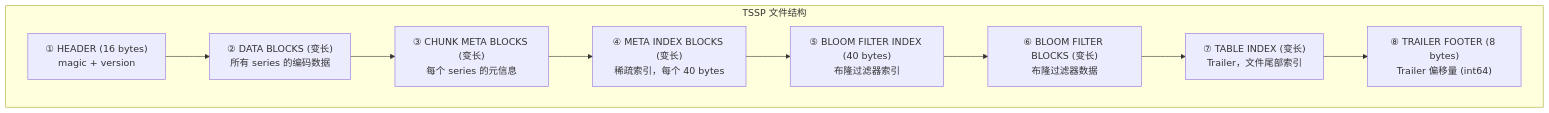
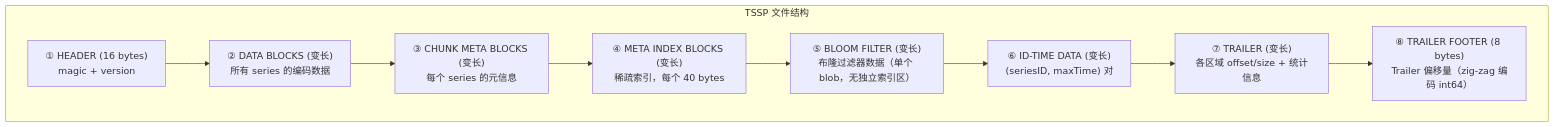
Diagram 27 of 33 in docs/specs/04_background_tasks_spec.md (stefanv5/openGemini), drawn with Mermaid before and after one commit. The commit also changed other lines of this file and 37 other files, not shown here.

````diff
--- a/docs/specs/04_background_tasks_spec.md
+++ b/docs/specs/04_background_tasks_spec.md
@@ -2500,15 +2545,15 @@
 ```mermaid
 flowchart TB
     subgraph TSSP["TSSP 文件结构"]
         H["① HEADER (16 bytes)<br/>magic + version"]
         D["② DATA BLOCKS (变长)<br/>所有 series 的编码数据"]
         CM["③ CHUNK META BLOCKS (变长)<br/>每个 series 的元信息"]
         MI["④ META INDEX BLOCKS (变长)<br/>稀疏索引，每个 40 bytes"]
-        BFT["⑤ BLOOM FILTER INDEX (40 bytes)<br/>布隆过滤器索引"]
-        BF["⑥ BLOOM FILTER BLOCKS (变长)<br/>布隆过滤器数据"]
-        TI["⑦ TABLE INDEX (变长)<br/>Trailer，文件尾部索引"]
-        TF["⑧ TRAILER FOOTER (8 bytes)<br/>Trailer 偏移量 (int64)"]
+        BF["⑤ BLOOM FILTER (变长)<br/>布隆过滤器数据（单个 blob，无独立索引区）"]
+        IT["⑥ ID-TIME DATA (变长)<br/>(seriesID, maxTime) 对"]
+        TI["⑦ TRAILER (变长)<br/>各区域 offset/size + 统计信息"]
+        TF["⑧ TRAILER FOOTER (8 bytes)<br/>Trailer 偏移量（zig-zag 编码 int64）"]
     end
 
-    H --> D --> CM --> MI --> BFT --> BF --> TI --> TF
+    H --> D --> CM --> MI --> BF --> IT --> TI --> TF
 ```
````
